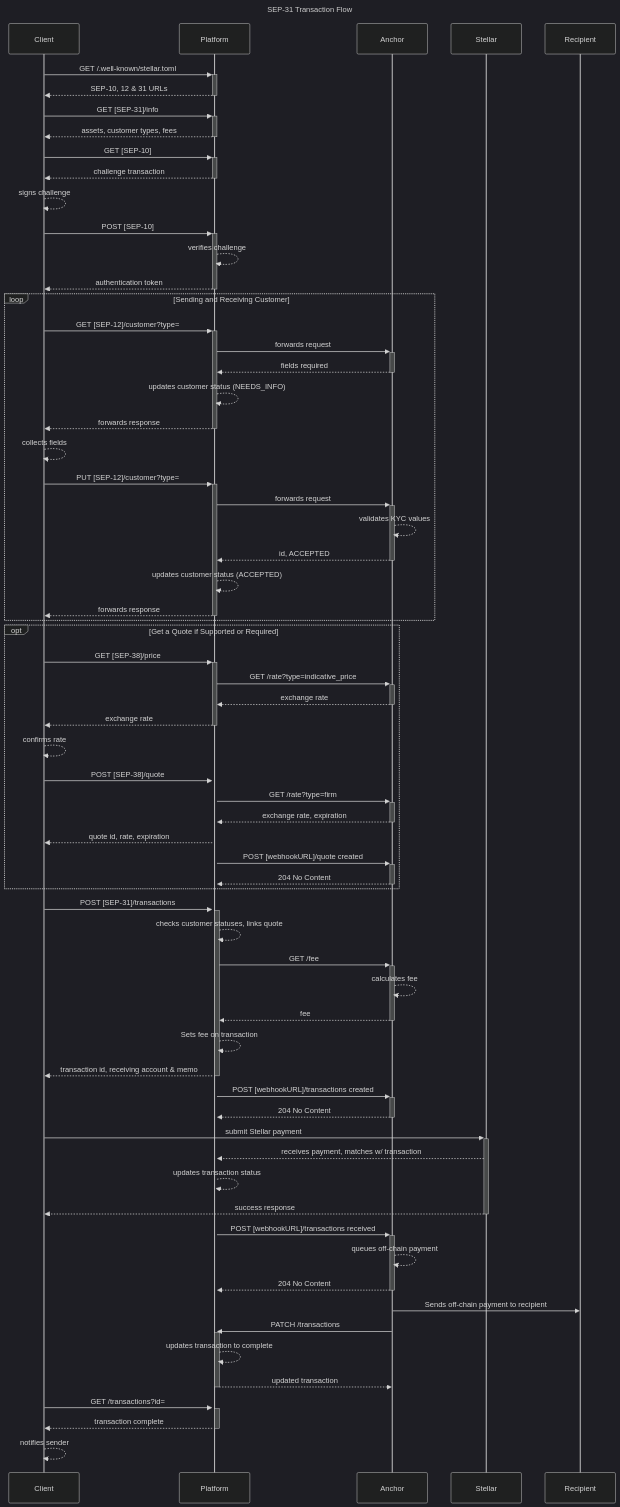
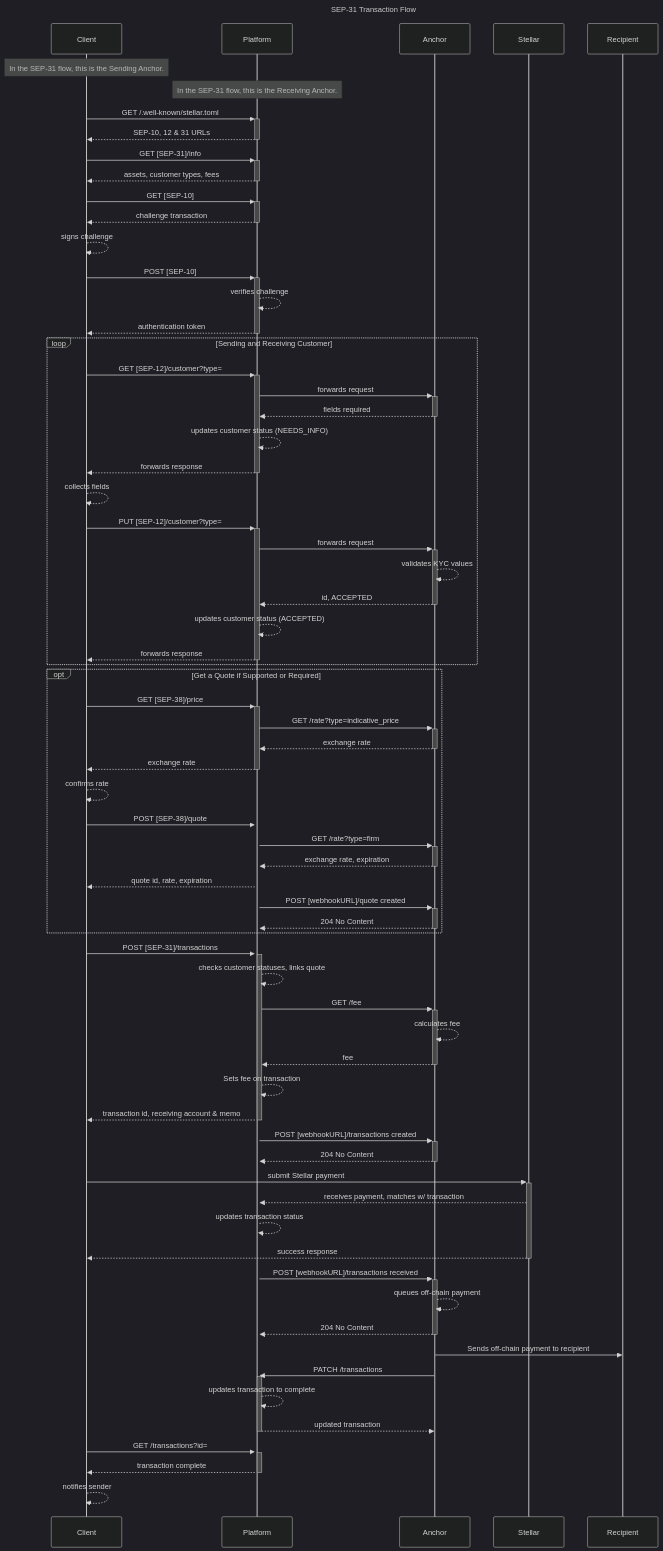
One commit to stellar/java-stellar-anchor-sdk changed the diagram in docs/00 - Stellar Anchor Platform.md. Above: the diagram before and after it, drawn with Mermaid (dark theme). The commit also changed other lines of this file, not shown here.

Commit message:
Annotate the diagram.

````diff
--- a/docs/00 - Stellar Anchor Platform.md
+++ b/docs/00 - Stellar Anchor Platform.md
@@ -87,78 +87,80 @@
 ```mermaid
 %% Happy path SEP-31 transaction flow with new customers
 %% View at: https://mermaid.live
 %% Assumptions:
 %% - The KYC information provided by the sender is valid on first attempt
 %% - The client does not request customer status callbacks
 %% - The anchor successfully delivers off-chain funds on first attempt
 sequenceDiagram
     title: SEP-31 Transaction Flow
     participant Client
+      Note over Client: In the SEP-31 flow, this is the Sending Anchor.
     participant Platform
+      Note over Platform: In the SEP-31 flow, this is the Receiving Anchor.
     participant Anchor
     participant Stellar
     participant Recipient
     Client->>+Platform: GET /.well-known/stellar.toml
     Platform-->>-Client: SEP-10, 12 & 31 URLs
     Client->>+Platform: GET [SEP-31]/info
     Platform-->>-Client: assets, customer types, fees
     Client->>+Platform: GET [SEP-10]
     Platform-->>-Client: challenge transaction
     Client-->>Client: signs challenge
     Client->>+Platform: POST [SEP-10]
     Platform-->>Platform: verifies challenge
     Platform-->>-Client: authentication token
 
     loop Sending and Receiving Customer
         Client->>+Platform: GET [SEP-12]/customer?type=
         Platform->>+Anchor: forwards request
         Anchor-->>-Platform: fields required
         Platform-->>Platform: updates customer status (NEEDS_INFO)
         Platform-->>-Client: forwards response
         Client-->>Client: collects fields
         Client->>+Platform: PUT [SEP-12]/customer?type=
         Platform->>+Anchor: forwards request
         Anchor-->>Anchor: validates KYC values
         Anchor-->>-Platform: id, ACCEPTED
         Platform-->>Platform: updates customer status (ACCEPTED)
         Platform-->>-Client: forwards response
     end
 
     opt Get a Quote if Supported or Required
       Client->>+Platform: GET [SEP-38]/price
       Platform->>+Anchor: GET /rate?type=indicative_price
       Anchor-->>-Platform: exchange rate
       Platform-->>-Client: exchange rate
       Client-->>Client: confirms rate
       Client->>+Platform: POST [SEP-38]/quote
       Platform->>+Anchor: GET /rate?type=firm
       Anchor-->>-Platform: exchange rate, expiration
       Platform-->>Client: quote id, rate, expiration
       Platform->>+Anchor: POST [webhookURL]/quote created
       Anchor-->>-Platform: 204 No Content
     end
 
     Client->>+Platform: POST [SEP-31]/transactions
     Platform-->>Platform: checks customer statuses, links quote
     Platform->>+Anchor: GET /fee
     Anchor-->>Anchor: calculates fee
     Anchor-->>-Platform: fee
     Platform-->>Platform: Sets fee on transaction
     Platform-->>-Client: transaction id, receiving account & memo
     Platform->>+Anchor: POST [webhookURL]/transactions created
     Anchor-->>-Platform: 204 No Content
     Client->>+Stellar: submit Stellar payment
     Stellar-->>Platform: receives payment, matches w/ transaction
     Platform-->>Platform: updates transaction status
     Stellar-->>-Client: success response
     Platform->>+Anchor: POST [webhookURL]/transactions received
     Anchor-->>Anchor: queues off-chain payment
     Anchor-->>-Platform: 204 No Content
     Anchor->>Recipient: Sends off-chain payment to recipient
     Anchor->>+Platform: PATCH /transactions
     Platform-->>Platform: updates transaction to complete
     Platform-->>-Anchor: updated transaction
     Client->>+Platform: GET /transactions?id=
     Platform-->>-Client: transaction complete
     Client-->>Client: notifies sender
 ```
````
